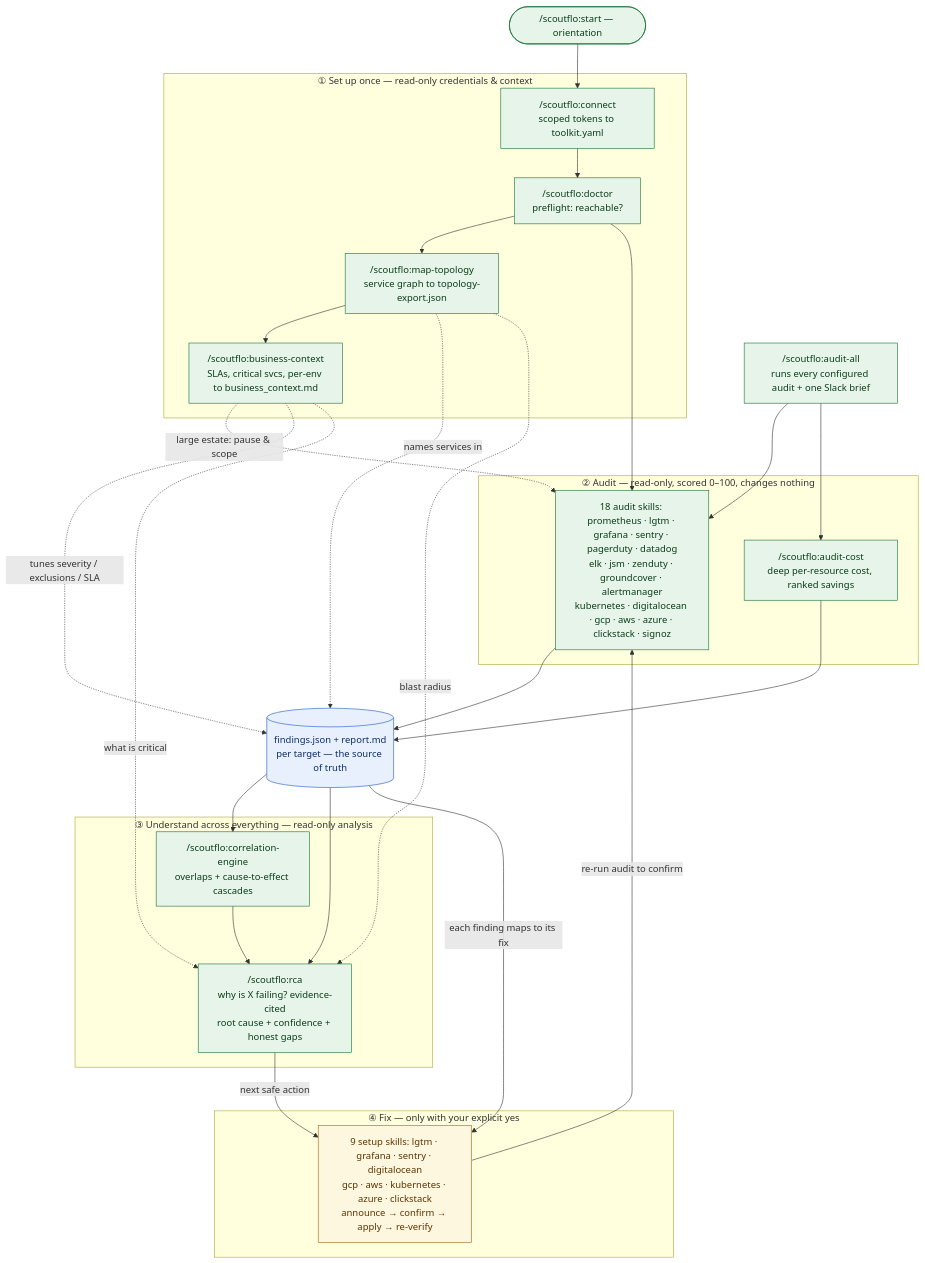
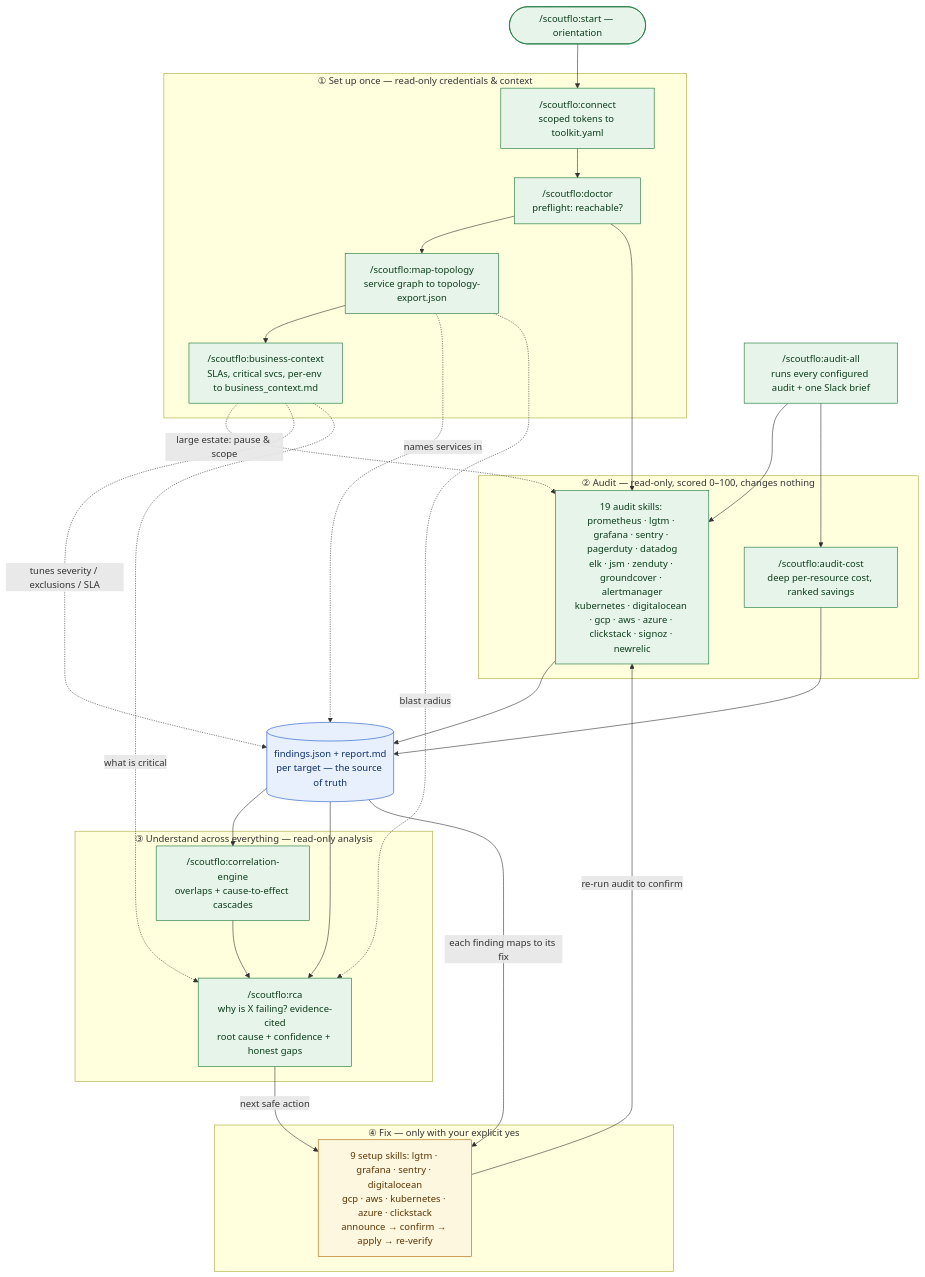
Before and after one commit to Scoutflo/ai-readiness: the diagram in README.md, drawn with Mermaid. The commit also changed other lines of this file and 18 other files, not shown here.

First line of the commit message:
feat(audit-newrelic): New Relic account audit — the 19th scored audit (v0.1.187)

````diff
--- a/README.md
+++ b/README.md
@@ -16,54 +16,54 @@
 ```mermaid
 flowchart TD
     start(["/scoutflo:start — orientation"])
 
     subgraph SETUP["① Set up once — read-only credentials & context"]
         connect["/scoutflo:connect<br/>scoped tokens to toolkit.yaml"]
         doctor["/scoutflo:doctor<br/>preflight: reachable?"]
         topo["/scoutflo:map-topology<br/>service graph to topology-export.json"]
         bctx["/scoutflo:business-context<br/>SLAs, critical svcs, per-env to business_context.md"]
     end
 
     subgraph AUDIT["② Audit — read-only, scored 0–100, changes nothing"]
-        aud["18 audit skills: prometheus · lgtm · grafana · sentry · pagerduty · datadog<br/>elk · jsm · zenduty · groundcover · alertmanager<br/>kubernetes · digitalocean · gcp · aws · azure · clickstack · signoz"]
+        aud["19 audit skills: prometheus · lgtm · grafana · sentry · pagerduty · datadog<br/>elk · jsm · zenduty · groundcover · alertmanager<br/>kubernetes · digitalocean · gcp · aws · azure · clickstack · signoz · newrelic"]
         cost["/scoutflo:audit-cost<br/>deep per-resource cost, ranked savings"]
     end
 
     all["/scoutflo:audit-all<br/>runs every configured audit + one Slack brief"]
     findings[("findings.json + report.md<br/>per target — the source of truth")]
 
     subgraph CORRELATE["③ Understand across everything — read-only analysis"]
         corr["/scoutflo:correlation-engine<br/>overlaps + cause-to-effect cascades"]
         rca["/scoutflo:rca<br/>why is X failing? evidence-cited<br/>root cause + confidence + honest gaps"]
     end
 
     subgraph FIX["④ Fix — only with your explicit yes"]
         setup["9 setup skills: lgtm · grafana · sentry · digitalocean<br/>gcp · aws · kubernetes · azure · clickstack<br/>announce → confirm → apply → re-verify"]
     end
 
     start --> connect --> doctor
     doctor --> topo --> bctx
     bctx -.->|large estate: pause & scope| aud
     doctor --> aud
     aud --> findings
     cost --> findings
     all --> aud
     all --> cost
     topo -. names services in .-> findings
     bctx -. tunes severity / exclusions / SLA .-> findings
     findings --> corr
     corr --> rca
     topo -. blast radius .-> rca
     bctx -. what is critical .-> rca
     findings --> rca
     rca -->|next safe action| setup
     findings -->|each finding maps to its fix| setup
     setup -->|re-run audit to confirm| aud
 
     classDef ro fill:#e6f4ea,stroke:#137333,color:#0b3d1a;
     classDef write fill:#fef7e0,stroke:#b06000,color:#5c3400;
     classDef data fill:#e8f0fe,stroke:#1a56c4,color:#0b2e6b;
     class start,connect,doctor,topo,bctx,aud,cost,all,corr,rca ro;
     class setup write;
     class findings data;
 ```
````
